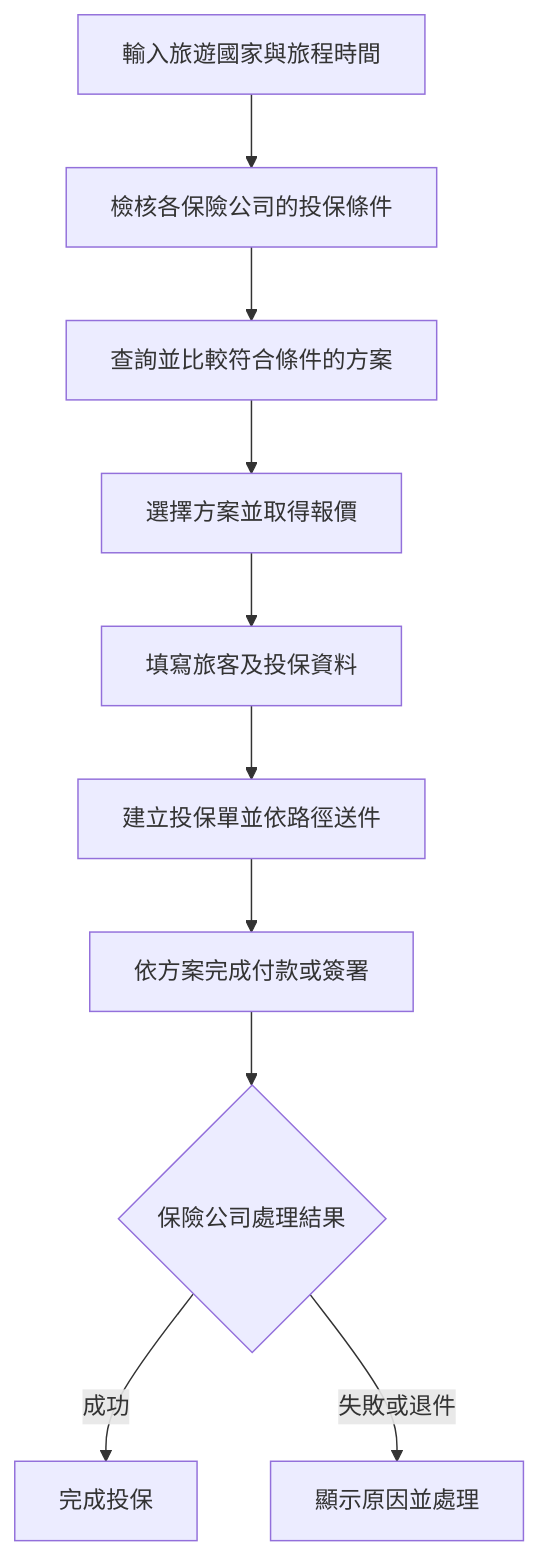
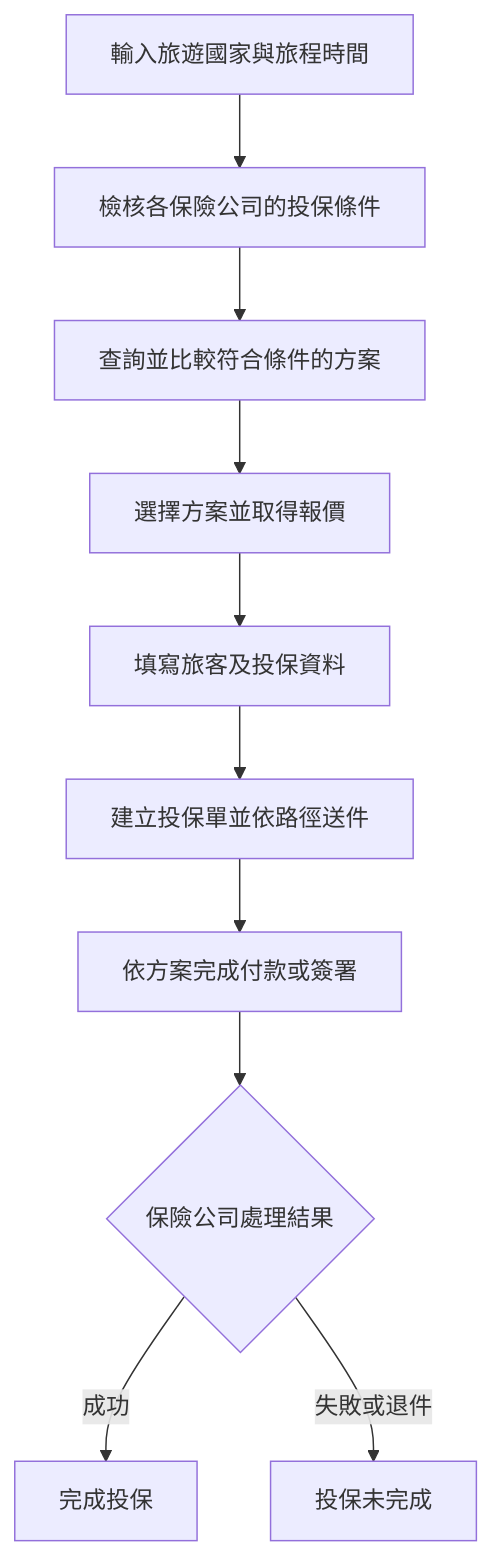
One commit to highhao/insurance-saas-platform changed the second of 3 diagrams in README.md. Above: the diagram before and after it, drawn with Mermaid. The commit also changed other lines of this file, not shown here.

Commit message:
Polish interview portfolio flow descriptions

````diff
--- a/README.md
+++ b/README.md
@@ -35,12 +35,12 @@
 ```mermaid
 flowchart TB
     A[輸入旅遊國家與旅程時間] --> B[檢核各保險公司的投保條件]
     B --> C[查詢並比較符合條件的方案]
     C --> D[選擇方案並取得報價]
     D --> E[填寫旅客及投保資料]
     E --> F[建立投保單並依路徑送件]
     F --> G[依方案完成付款或簽署]
     G --> H{保險公司處理結果}
     H -->|成功| I[完成投保]
-    H -->|失敗或退件| J[顯示原因並處理]
+    H -->|失敗或退件| J[投保未完成]
 ```
````
